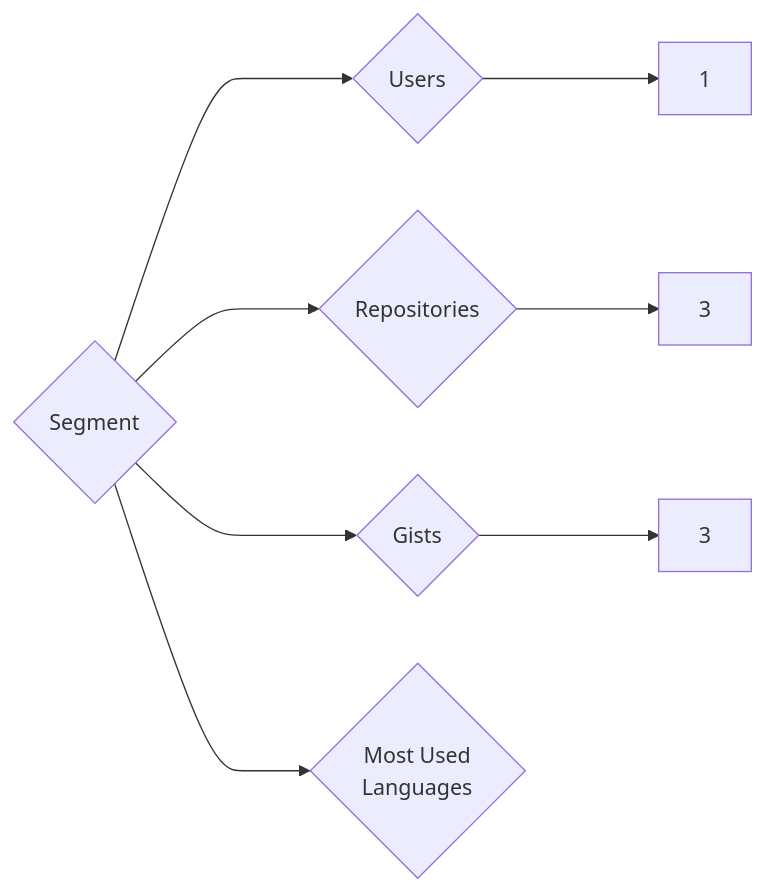
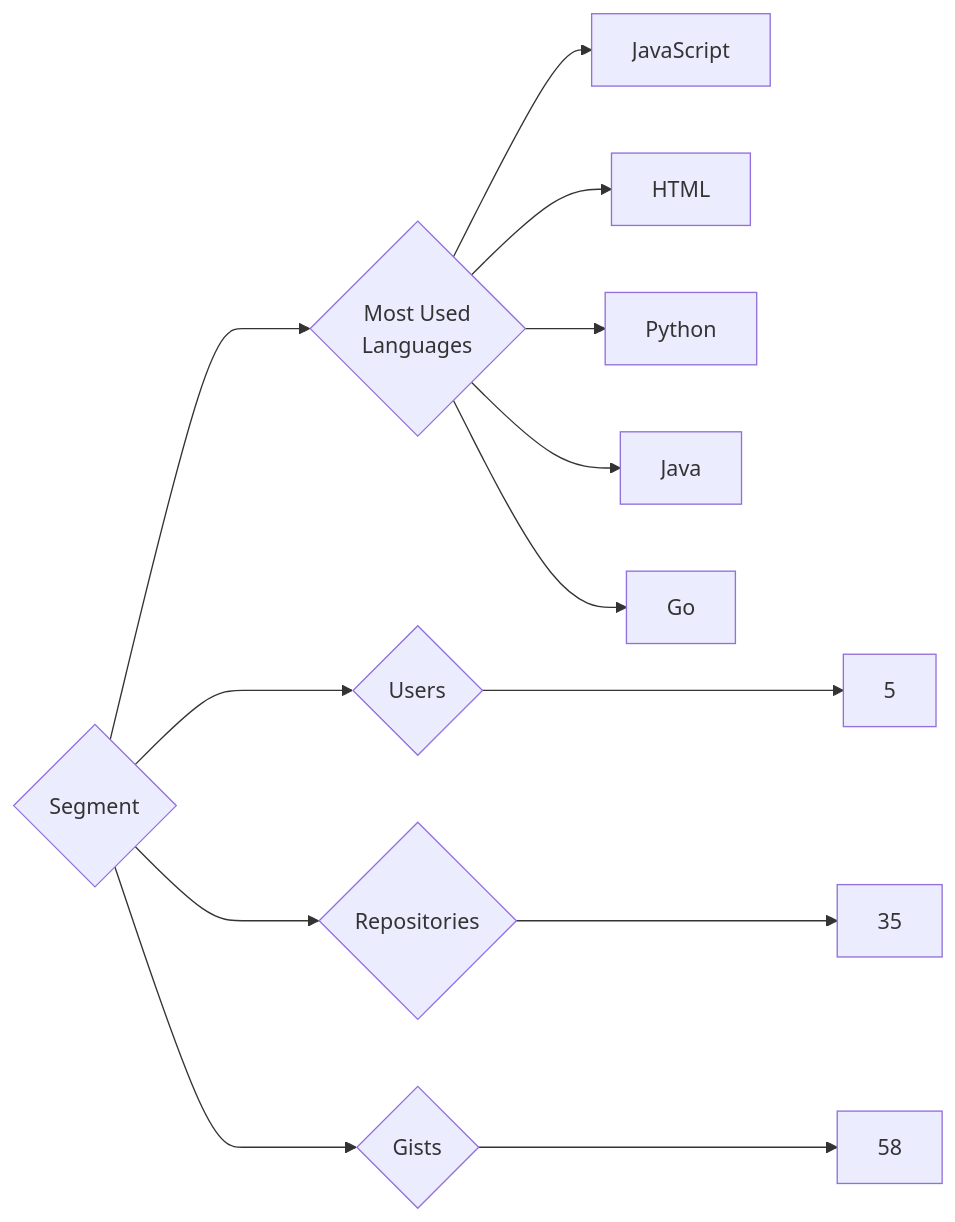
The diagram in targets/Segment/README.md (trickest/insiders), drawn with Mermaid before and after one commit. The commit also changed 953 other files, not shown here.

````diff
--- a/targets/Segment/README.md
+++ b/targets/Segment/README.md
@@ -3,8 +3,13 @@
 ```mermaid
 graph LR
 COMPANY_NAME{Segment}
-COMPANY_NAME ---> U{Users} ---> UN[1]
-COMPANY_NAME ---> R{Repositories} ---> RN[3]
-COMPANY_NAME ---> G{Gists} ---> GN[3]
+COMPANY_NAME ---> U{Users} ---> UN[5]
+COMPANY_NAME ---> R{Repositories} ---> RN[35]
+COMPANY_NAME ---> G{Gists} ---> GN[58]
 COMPANY_NAME ---> ML{Most Used<br>Languages}
+ML --> JavaScript[JavaScript]
+ML --> HTML[HTML]
+ML --> Python[Python]
+ML --> Java[Java]
+ML --> Go[Go]
 ```
````
